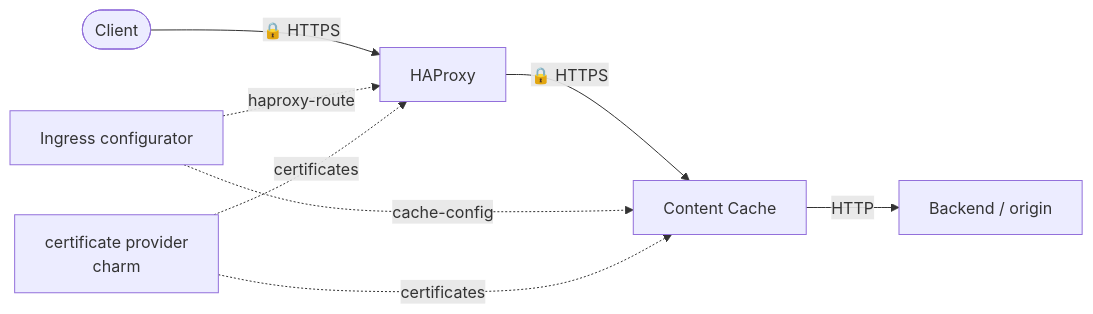
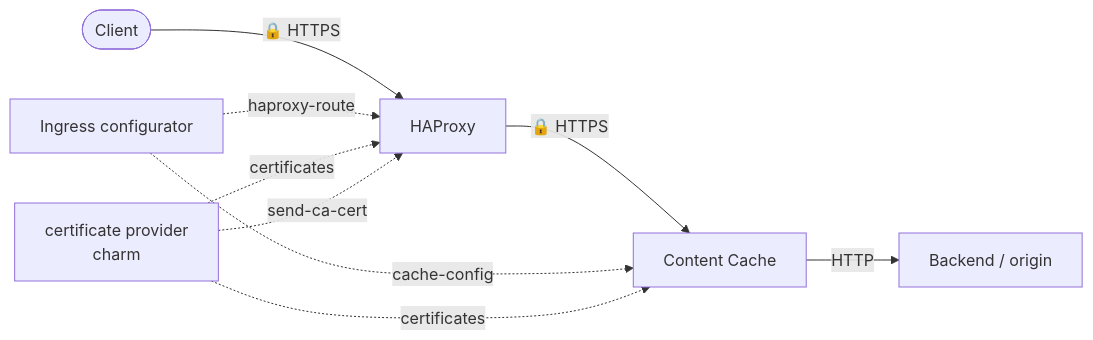
The third of 4 diagrams in docs/reference/deployment-architecture.md (canonical/content-cache-operator), drawn with Mermaid before and after one commit. The commit also changed other lines of this file, not shown here.

First line of the commit message:
docs: fix HAProxy trust relation gap and split relation table

````diff
--- a/docs/reference/deployment-architecture.md
+++ b/docs/reference/deployment-architecture.md
@@ -103,10 +115,11 @@
 ```{mermaid}
 flowchart LR
     Client(["Client"]) -->|"🔒 HTTPS"| HAProxy["HAProxy"]
     HAProxy -->|"🔒 HTTPS"| CC["Content Cache"]
     CC -->|"HTTP"| Backend["Backend / origin"]
     IC["Ingress configurator"] -.->|"cache-config"| CC
     IC -.->|"haproxy-route"| HAProxy
     Lego["certificate provider<br/>charm"] -.->|"certificates"| HAProxy
     Lego -.->|"certificates"| CC
+    Lego -.->|"send-ca-cert"| HAProxy
 ```
````
